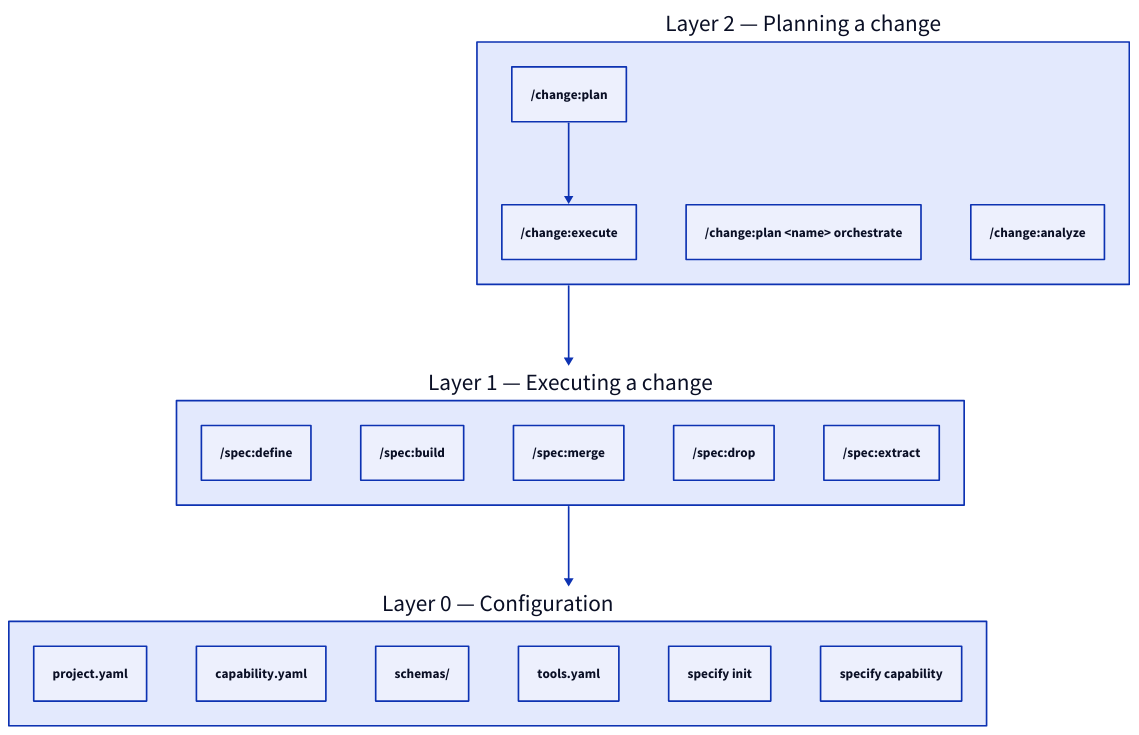
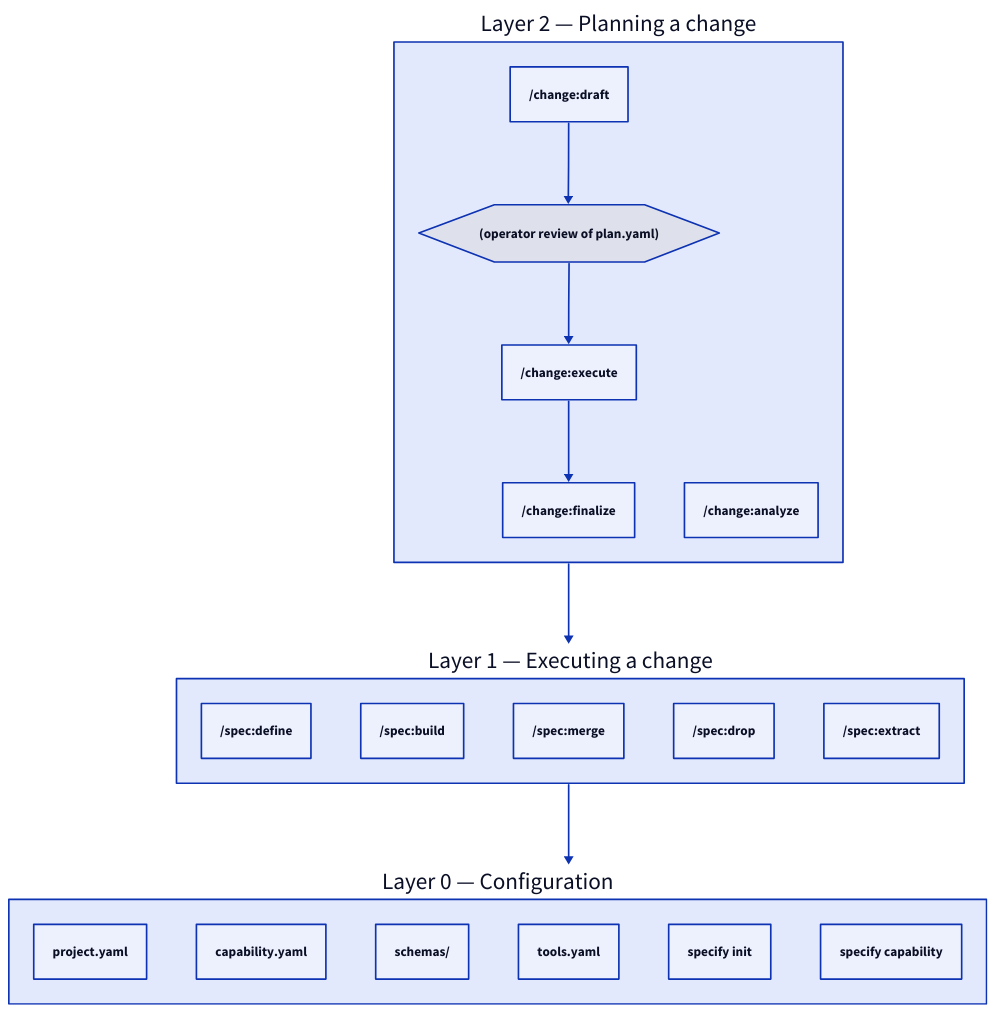
One commit to augentic/anvil changed the diagram in docs/explanation/layered-stack.md. Above: the diagram before and after it, drawn with D2. The commit also changed other lines of this file and 229 other files, not shown here.

````diff
--- a/docs/explanation/layered-stack.md
+++ b/docs/explanation/layered-stack.md
@@ -5,31 +5,34 @@
 ```d2
 direction: down
 
 Layer2: "Layer 2 — Planning a change" {
-  plan: "/change:plan"
+  draft: "/change:draft"
+  review: "(operator review of plan.yaml)" {shape: hexagon}
   execute: "/change:execute"
-  orchestrate: "/change:plan <name> orchestrate"
+  finalize: "/change:finalize"
   analyze: "/change:analyze"
-  plan -> execute
+  draft -> review
+  review -> execute
+  execute -> finalize
 }
 
 Layer1: "Layer 1 — Executing a change" {
   define: "/spec:define"
   build: "/spec:build"
   mergeSkill: "/spec:merge"
   drop: "/spec:drop"
   extract: "/spec:extract"
 }
 
 Layer0: "Layer 0 — Configuration" {
   projectYaml: "project.yaml"
   capabilityYaml: "capability.yaml"
   schemas: "schemas/"
   toolsYaml: "tools.yaml"
   initVerb: "specify init"
   capabilityVerb: "specify capability"
 }
 
 Layer2 -> Layer1
 Layer1 -> Layer0
 ```
````
